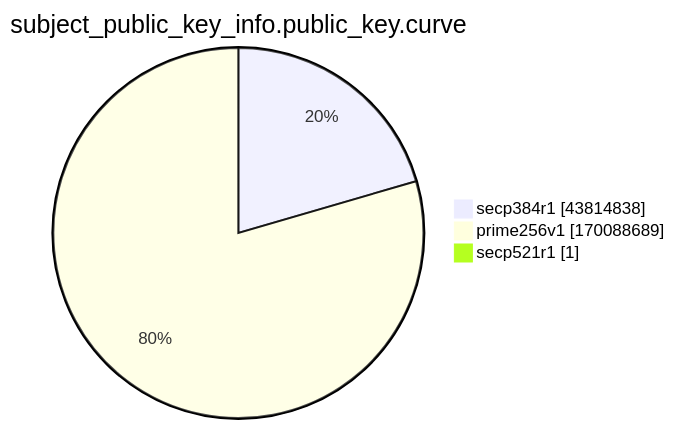
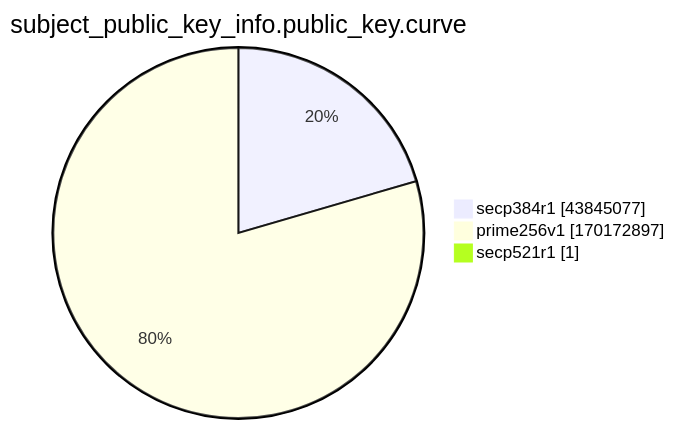
Before and after one commit to christiankrug/ctmonitor_visualization: the ninth of 15 diagrams in xenon2022/README.md, drawn with Mermaid. The commit also changed other lines of this file, not shown here.

````diff
--- a/xenon2022/README.md
+++ b/xenon2022/README.md
@@ -2871,7 +2871,7 @@
 ```mermaid
 pie showData
 title subject_public_key_info.public_key.curve
-"secp384r1" :43814838
-"prime256v1" :170088689
+"secp384r1" :43845077
+"prime256v1" :170172897
 "secp521r1" :1
 ```
````
